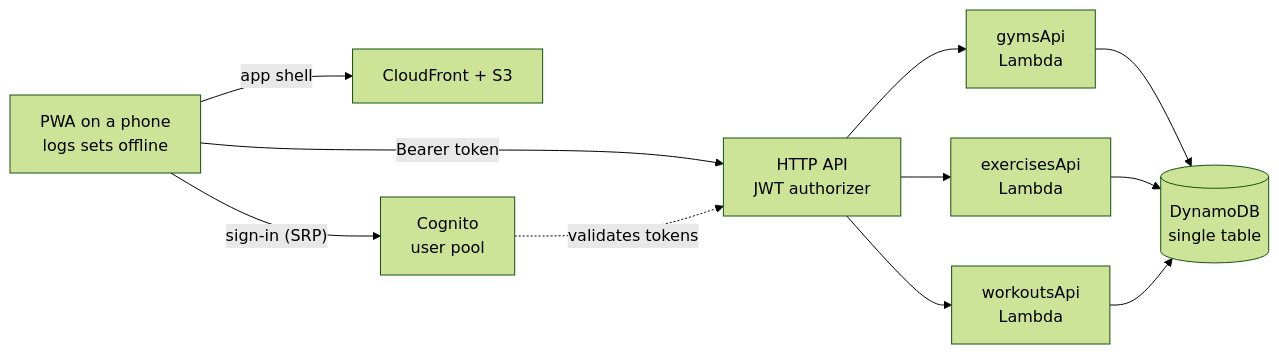
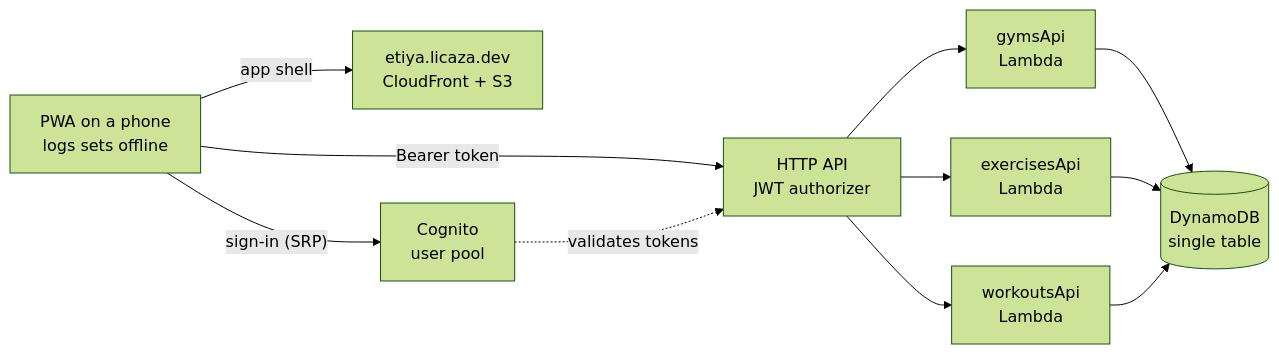
One commit to landoicco/etiya changed the first of 3 diagrams in README.md. Above: the diagram before and after it, drawn with Mermaid (forest theme). The commit also changed 3 other files, not shown here.

Commit message:
Show the domain in the README diagram and the social flow image  - README: the app shell comes from etiya.licaza.dev  - social-flow: CloudFront's box names the domain, PNG re-rendered with Inter

````diff
--- a/README.md
+++ b/README.md
@@ -19,14 +19,14 @@
 ```mermaid
 flowchart LR
     Phone["PWA on a phone<br/>logs sets offline"]
-    Phone -->|"app shell"| CF["CloudFront + S3"]
+    Phone -->|"app shell"| CF["etiya.licaza.dev<br/>CloudFront + S3"]
     Phone -->|"sign-in (SRP)"| Cognito["Cognito<br/>user pool"]
     Phone -->|"Bearer token"| API["HTTP API<br/>JWT authorizer"]
     Cognito -. "validates tokens" .-> API
     API --> Gyms["gymsApi<br/>Lambda"]
     API --> Exercises["exercisesApi<br/>Lambda"]
     API --> Workouts["workoutsApi<br/>Lambda"]
     Gyms --> DDB[("DynamoDB<br/>single table")]
     Exercises --> DDB
     Workouts --> DDB
 ```
````
